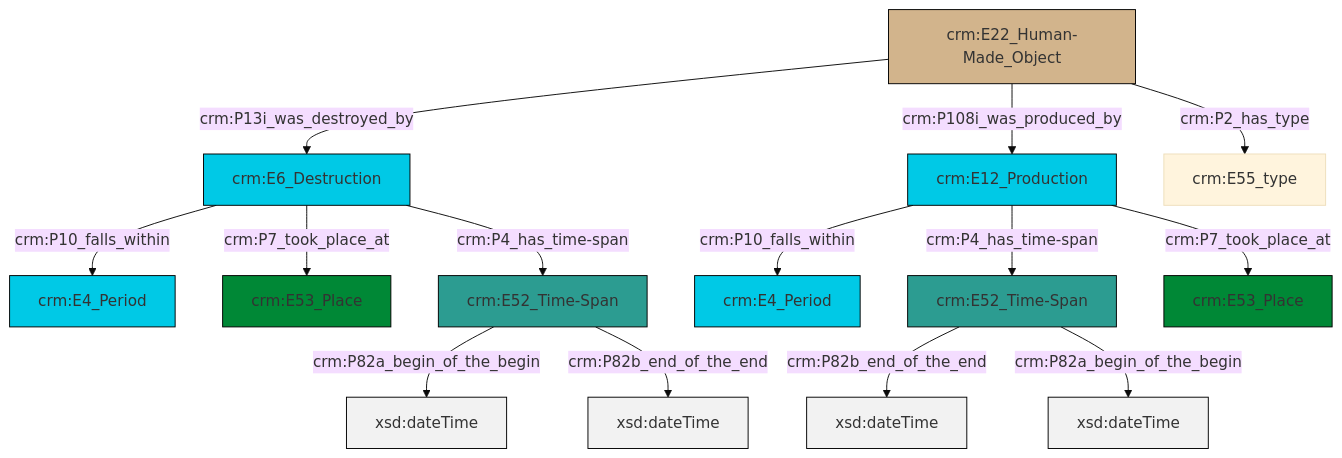
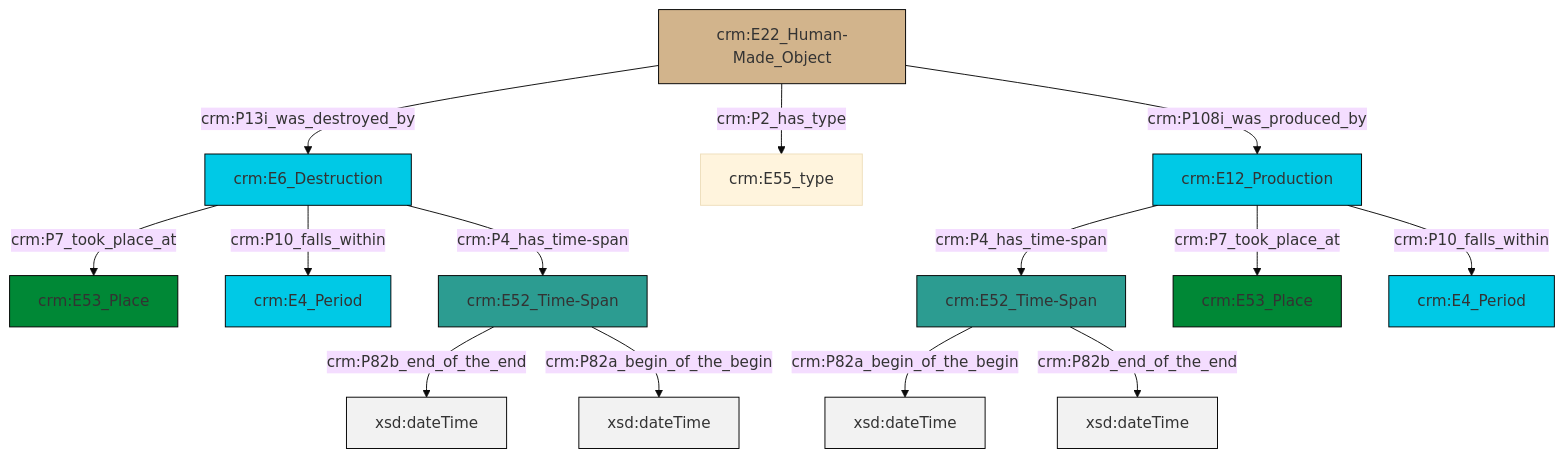
One commit to swiss-art-research-net/docs.swissartresearch changed the diagram in et/artworkCSV/ttl/mmd/Artwork_Existence.ttl.mmd. Above: the diagram before and after it, drawn with Mermaid (base theme). The commit also changed 204 other files, not shown here.

```diff
--- a/et/artworkCSV/ttl/mmd/Artwork_Existence.ttl.mmd
+++ b/et/artworkCSV/ttl/mmd/Artwork_Existence.ttl.mmd
@@ -1,28 +1,28 @@
 graph TD
 classDef Literal fill:#f2f2f2,stroke:#000000;
 classDef CRM_Entity fill:#FFFFFF,stroke:#000000;
 classDef Temporal_Entity fill:#00C9E6, stroke:#000000;
 classDef Type fill:#E18312, stroke:#000000;
 classDef Time-Span fill:#2C9C91, stroke:#000000;
 classDef Appellation fill:#FFEB7F, stroke:#000000;
 classDef Place fill:#008836, stroke:#000000;
 classDef Persistent_Item fill:#B266B2, stroke:#000000;
 classDef Conceptual_Object fill:#FFD700, stroke:#000000;
 classDef Physical_Thing fill:#D2B48C, stroke:#000000;
 classDef Actor fill:#f58aad, stroke:#000000;
 classDef PC_Classes fill:#4ce600, stroke:#000000;
 classDef Multi fill:#cccccc,stroke:#000000;
 
-2["crm:E12_Production"]:::Temporal_Entity -->|crm:P10_falls_within| 6["crm:E4_Period"]:::Temporal_Entity
-9["crm:E22_Human-Made_Object"]:::Physical_Thing -->|crm:P13i_was_destroyed_by| 10["crm:E6_Destruction"]:::Temporal_Entity
-2["crm:E12_Production"]:::Temporal_Entity -->|crm:P4_has_time-span| 7["crm:E52_Time-Span"]:::Time-Span
-9["crm:E22_Human-Made_Object"]:::Physical_Thing -->|crm:P108i_was_produced_by| 2["crm:E12_Production"]:::Temporal_Entity
-7["crm:E52_Time-Span"]:::Time-Span -->|crm:P82b_end_of_the_end| 11[xsd:dateTime]:::Literal
-10["crm:E6_Destruction"]:::Temporal_Entity -->|crm:P10_falls_within| 4["crm:E4_Period"]:::Temporal_Entity
-10["crm:E6_Destruction"]:::Temporal_Entity -->|crm:P7_took_place_at| 12["crm:E53_Place"]:::Place
-2["crm:E12_Production"]:::Temporal_Entity -->|crm:P7_took_place_at| 0["crm:E53_Place"]:::Place
-13["crm:E52_Time-Span"]:::Time-Span -->|crm:P82a_begin_of_the_begin| 14[xsd:dateTime]:::Literal
-10["crm:E6_Destruction"]:::Temporal_Entity -->|crm:P4_has_time-span| 13["crm:E52_Time-Span"]:::Time-Span
-7["crm:E52_Time-Span"]:::Time-Span -->|crm:P82a_begin_of_the_begin| 18[xsd:dateTime]:::Literal
-9["crm:E22_Human-Made_Object"]:::Physical_Thing -->|crm:P2_has_type| 19["crm:E55_type"]:::Default
-13["crm:E52_Time-Span"]:::Time-Span -->|crm:P82b_end_of_the_end| 21[xsd:dateTime]:::Literal
+0["crm:E22_Human-Made_Object"]:::Physical_Thing -->|crm:P13i_was_destroyed_by| 1["crm:E6_Destruction"]:::Temporal_Entity
+7["crm:E52_Time-Span"]:::Time-Span -->|crm:P82a_begin_of_the_begin| 8[xsd:dateTime]:::Literal
+11["crm:E12_Production"]:::Temporal_Entity -->|crm:P4_has_time-span| 7["crm:E52_Time-Span"]:::Time-Span
+12["crm:E52_Time-Span"]:::Time-Span -->|crm:P82b_end_of_the_end| 14[xsd:dateTime]:::Literal
+12["crm:E52_Time-Span"]:::Time-Span -->|crm:P82a_begin_of_the_begin| 15[xsd:dateTime]:::Literal
+11["crm:E12_Production"]:::Temporal_Entity -->|crm:P7_took_place_at| 17["crm:E53_Place"]:::Place
+11["crm:E12_Production"]:::Temporal_Entity -->|crm:P10_falls_within| 3["crm:E4_Period"]:::Temporal_Entity
+1["crm:E6_Destruction"]:::Temporal_Entity -->|crm:P7_took_place_at| 18["crm:E53_Place"]:::Place
+0["crm:E22_Human-Made_Object"]:::Physical_Thing -->|crm:P2_has_type| 9["crm:E55_type"]:::Default
+1["crm:E6_Destruction"]:::Temporal_Entity -->|crm:P10_falls_within| 5["crm:E4_Period"]:::Temporal_Entity
+1["crm:E6_Destruction"]:::Temporal_Entity -->|crm:P4_has_time-span| 12["crm:E52_Time-Span"]:::Time-Span
+7["crm:E52_Time-Span"]:::Time-Span -->|crm:P82b_end_of_the_end| 21[xsd:dateTime]:::Literal
+0["crm:E22_Human-Made_Object"]:::Physical_Thing -->|crm:P108i_was_produced_by| 11["crm:E12_Production"]:::Temporal_Entity
```
